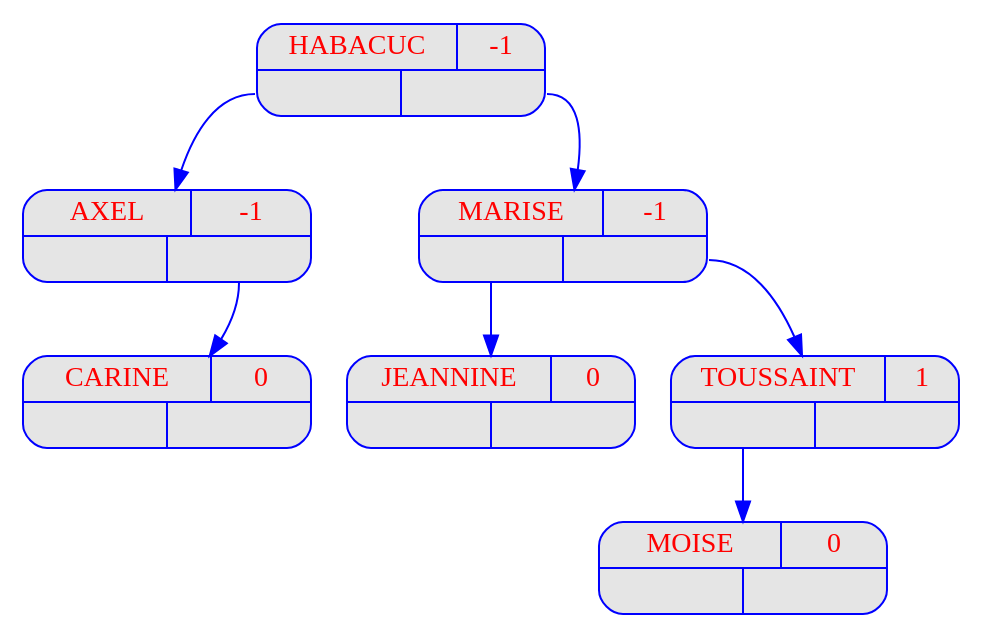
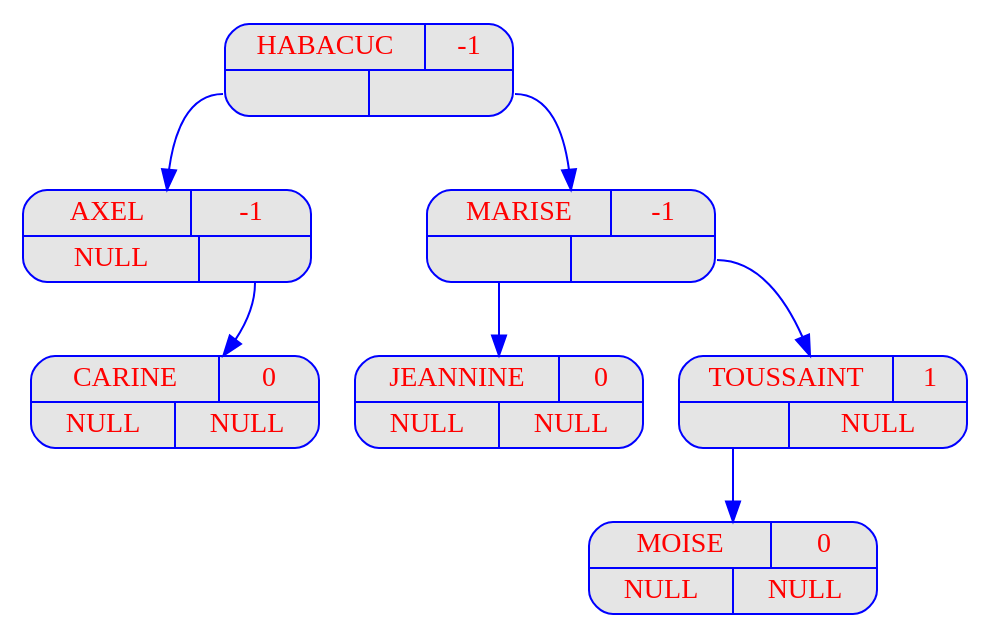
One commit to benech17/AVL-trees changed the diagram in programme1/output/dot/_v06.dot. Above: the diagram before and after it, drawn with Graphviz. The commit also changed 22 other files, not shown here.

```diff
--- a/programme1/output/dot/_v06.dot
+++ b/programme1/output/dot/_v06.dot
@@ -1,71 +1,71 @@
 digraph  {
 	node [
 		fontname  = "Arial bold" 
 		fontsize  = "14"
 		fontcolor = "red"
 		style     = "rounded, filled"
 		shape     = "record"
 		fillcolor = "grey90"
 		color     = "blue"
 		width     = "2"
 	]
 
 	edge [
 		color     = "blue"
 	]
 
-	"HABACUC
-" [label = "{{<c> HABACUC
- | <b> -1} | { <g> | <d>}}"];
-	"HABACUC
-":g -> "AXEL
-";
-	"AXEL
-" [label = "{{<c> AXEL
- | <b> -1} | { <g> | <d>}}"];
-	"AXEL
-" [label = "{{<c> AXEL
- | <b> -1} | { <g> | <d>}}"];
-	"AXEL
-":d -> "CARINE
-";
-	"CARINE
-" [label = "{{<c> CARINE
- | <b> 0} | { <g> | <d>}}"];
-	"CARINE
-" [label = "{{<c> CARINE
- | <b> 0} | { <g> | <d>}}"];
-	"HABACUC
-":d -> "MARISE
-";
-	"MARISE
-" [label = "{{<c> MARISE
- | <b> -1} | { <g> | <d>}}"];
-	"MARISE
-":g -> "JEANNINE
-";
-	"JEANNINE
-" [label = "{{<c> JEANNINE
- | <b> 0} | { <g> | <d>}}"];
-	"JEANNINE
-" [label = "{{<c> JEANNINE
- | <b> 0} | { <g> | <d>}}"];
-	"MARISE
-":d -> "TOUSSAINT
-";
-	"TOUSSAINT
-" [label = "{{<c> TOUSSAINT
- | <b> 1} | { <g> | <d>}}"];
-	"TOUSSAINT
-" [label = "{{<c> TOUSSAINT
- | <b> 1} | { <g> | <d>}}"];
-	"TOUSSAINT
-":g -> "MOISE
-";
-	"MOISE
-" [label = "{{<c> MOISE
- | <b> 0} | { <g> | <d>}}"];
-	"MOISE
-" [label = "{{<c> MOISE
- | <b> 0} | { <g> | <d>}}"];
+	HABACUC
+ [label = "{{<c> HABACUC
+ | <b> -1}| { <g> | <d>}}"];
+	HABACUC
+:g -> AXEL
+;
+	AXEL
+ [label = "{{<c> AXEL
+ | <b> -1}| { <g> | <d>}}"];
+	AXEL
+ [label = "{{<c> AXEL
+ | <b> -1}| { <g> NULL | <d> }}"];
+	AXEL
+:d -> CARINE
+;
+	CARINE
+ [label = "{{<c> CARINE
+ | <b> 0}| { <g> | <d>}}"];
+	CARINE
+ [label = "{{<c> CARINE
+ | <b> 0}| { <g> NULL | <d> NULL}}"];
+	HABACUC
+:d -> MARISE
+;
+	MARISE
+ [label = "{{<c> MARISE
+ | <b> -1}| { <g> | <d>}}"];
+	MARISE
+:g -> JEANNINE
+;
+	JEANNINE
+ [label = "{{<c> JEANNINE
+ | <b> 0}| { <g> | <d>}}"];
+	JEANNINE
+ [label = "{{<c> JEANNINE
+ | <b> 0}| { <g> NULL | <d> NULL}}"];
+	MARISE
+:d -> TOUSSAINT
+;
+	TOUSSAINT
+ [label = "{{<c> TOUSSAINT
+ | <b> 1}| { <g> | <d>}}"];
+	TOUSSAINT
+ [label = "{{<c> TOUSSAINT
+ | <b> 1}| { <g> | <d> NULL}}"];
+	TOUSSAINT
+:g -> MOISE
+;
+	MOISE
+ [label = "{{<c> MOISE
+ | <b> 0}| { <g> | <d>}}"];
+	MOISE
+ [label = "{{<c> MOISE
+ | <b> 0}| { <g> NULL | <d> NULL}}"];
 }
```
